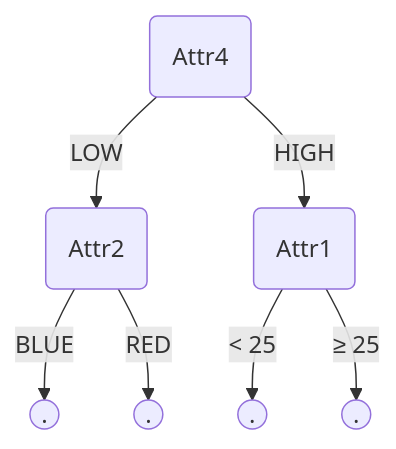
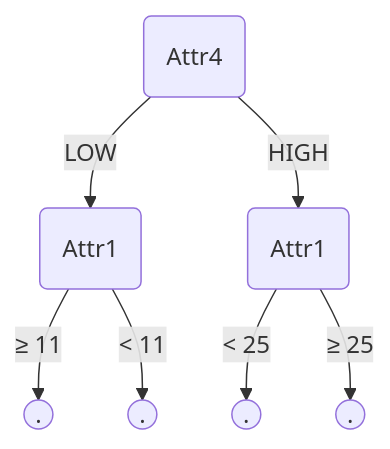
One commit to khantilchoksi/Automated-Learning-and-Data-Analysis changed the second of 10 diagrams in CSC522_HW2/Q2.md. Above: the diagram before and after it, drawn with Mermaid. The commit also changed other lines of this file and 1 other file, not shown here.

````diff
--- a/CSC522_HW2/Q2.md
+++ b/CSC522_HW2/Q2.md
@@ -128,9 +128,9 @@
 ```mermaid
 graph TD
-	node1(Attr4) --LOW--> node2(Attr2)
+	node1(Attr4) --LOW--> node2(Attr1)
 	node1(Attr4) --HIGH--> node3(Attr1)
-	node2(Attr2) --BLUE--> node4((.))
-	node2(Attr2) --RED--> node5((.))
+	node2(Attr1) --"≥ 11"--> node4((.))
+	node2(Attr1) --"< 11"--> node5((.))
 	node3(Attr1) --"< 25"--> node6((.))
 	node3(Attr1) --"≥ 25"--> node7((.))
 ```
````
